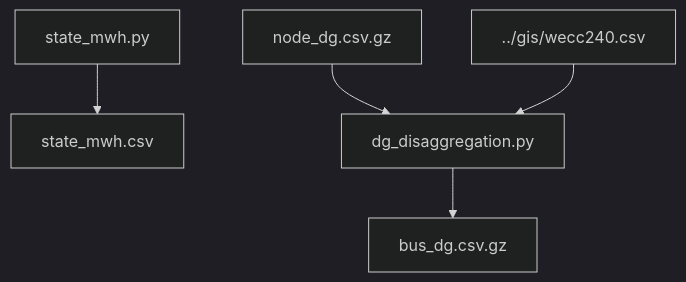
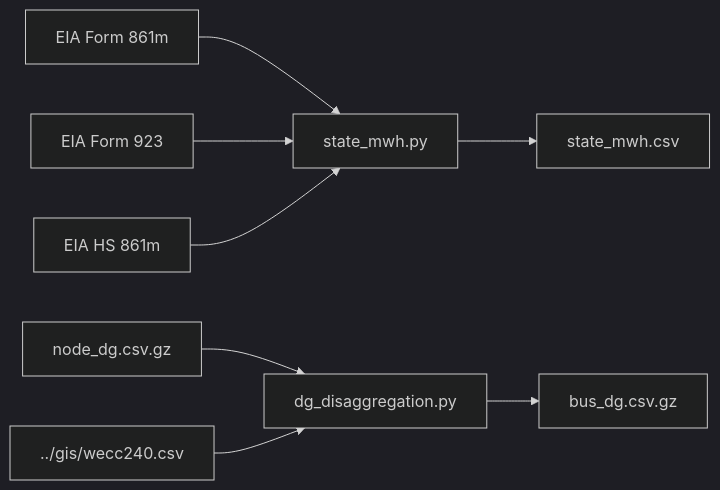
The diagram in wecc240/data/README.md (eudoxys/wecc240), drawn with Mermaid (dark theme) before and after one commit.

````diff
--- a/wecc240/data/README.md
+++ b/wecc240/data/README.md
@@ -2,9 +2,12 @@
 ```mermaid
-flowchart TD
+flowchart LR
 
+    form861m[EIA Form 861m] --> state_mwh.py
+    form923[EIA Form 923] --> state_mwh.py
+    hs861m[EIA HS 861m] --> state_mwh.py
     state_mwh.py --> state_mwh.csv
 
     node_dg.csv.gz --> dg_disaggregation.py
     ../gis/wecc240.csv --> dg_disaggregation.py
     dg_disaggregation.py --> bus_dg.csv.gz
 ```
````
